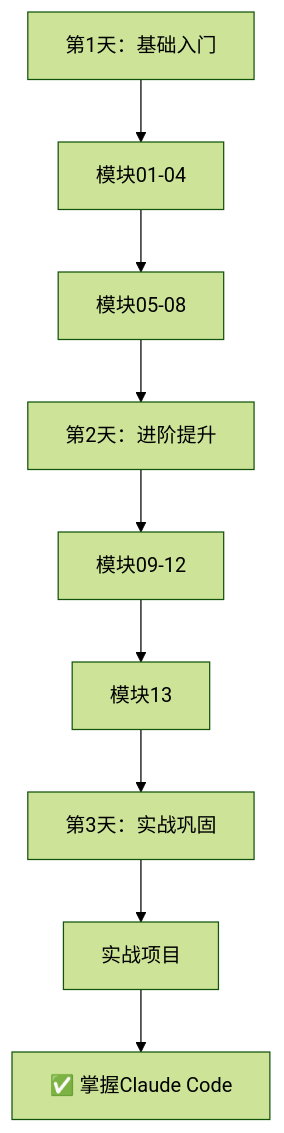
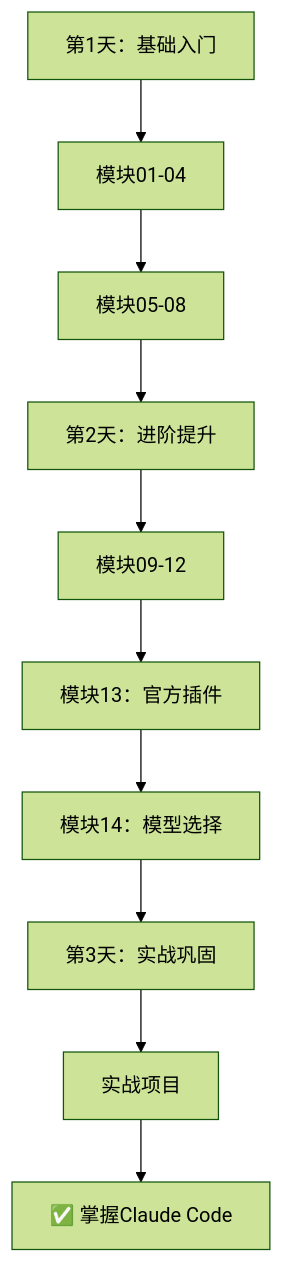
Before and after one commit to haorenlei457/claudecode-book: the second of 2 diagrams in README.md, drawn with Mermaid (forest theme). The commit also changed other lines of this file and 3 other files, not shown here.

````diff
--- a/README.md
+++ b/README.md
@@ -164,11 +168,12 @@
 ```mermaid
 graph TD
     A[第1天：基础入门] --> B[模块01-04]
     B --> C[模块05-08]
     C --> D[第2天：进阶提升]
     D --> E[模块09-12]
-    E --> F[模块13]
-    F --> G[第3天：实战巩固]
-    G --> H[实战项目]
-    H --> I[✅ 掌握Claude Code]
+    E --> F[模块13：官方插件]
+    F --> G[模块14：模型选择]
+    G --> H[第3天：实战巩固]
+    H --> I[实战项目]
+    I --> J[✅ 掌握Claude Code]
 ```
````
